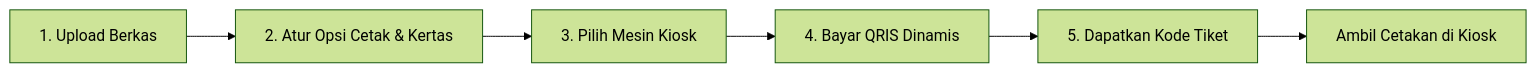
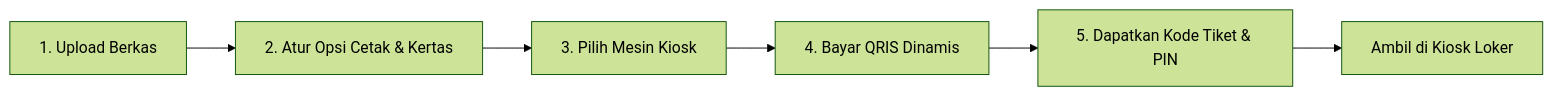
Before and after one commit to LouofJoe-git/PemWeb: the diagram in README.md, drawn with Mermaid (forest theme). The commit also changed other lines of this file, not shown here.

````diff
--- a/README.md
+++ b/README.md
@@ -59,8 +57,8 @@
 ```mermaid
 flowchart LR
-    A[1. Upload Berkas] --> B[2. Atur Opsi Cetak & Kertas]
-    B --> C[3. Pilih Mesin Kiosk]
-    C --> D[4. Bayar QRIS Dinamis]
-    D --> E[5. Dapatkan Kode Tiket]
-    E --> F[Ambil Cetakan di Kiosk]
+    A["1. Upload Berkas"] --> B["2. Atur Opsi Cetak & Kertas"]
+    B --> C["3. Pilih Mesin Kiosk"]
+    C --> D["4. Bayar QRIS Dinamis"]
+    D --> E["5. Dapatkan Kode Tiket & PIN"]
+    E --> F["Ambil di Kiosk Loker"]
 ```
````
